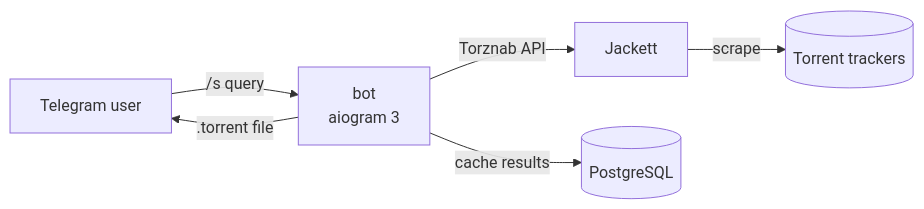
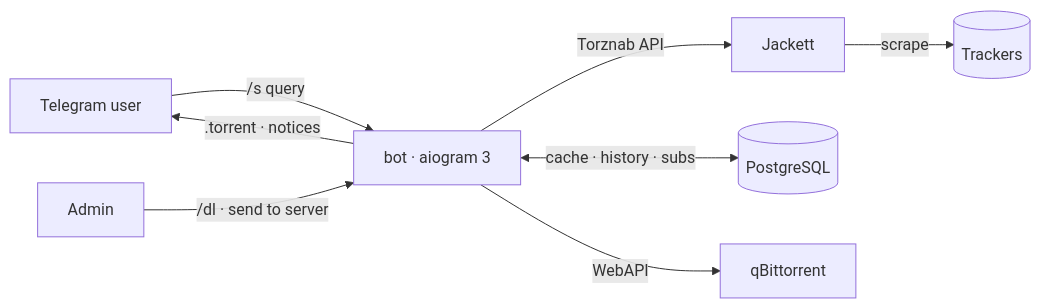
The diagram in README.md (DarkAlioth/tj-bot), drawn with Mermaid before and after one commit. The commit also changed other lines of this file and 8 other files, not shown here.

````diff
--- a/README.md
+++ b/README.md
@@ -15,8 +41,10 @@
 ```mermaid
 flowchart LR
-    U[Telegram user] -->|/s query| B[bot<br/>aiogram 3]
+    U[Telegram user] -->|/s query| B[bot · aiogram 3]
+    A[Admin] -->|/dl · send to server| B
     B -->|Torznab API| J[Jackett]
-    J -->|scrape| T[(Torrent trackers)]
-    B -->|cache results| P[(PostgreSQL)]
-    B -->|.torrent file| U
+    J -->|scrape| T[(Trackers)]
+    B <-->|cache · history · subs| P[(PostgreSQL)]
+    B -->|WebAPI| Q[qBittorrent]
+    B -->|.torrent · notices| U
 ```
````
